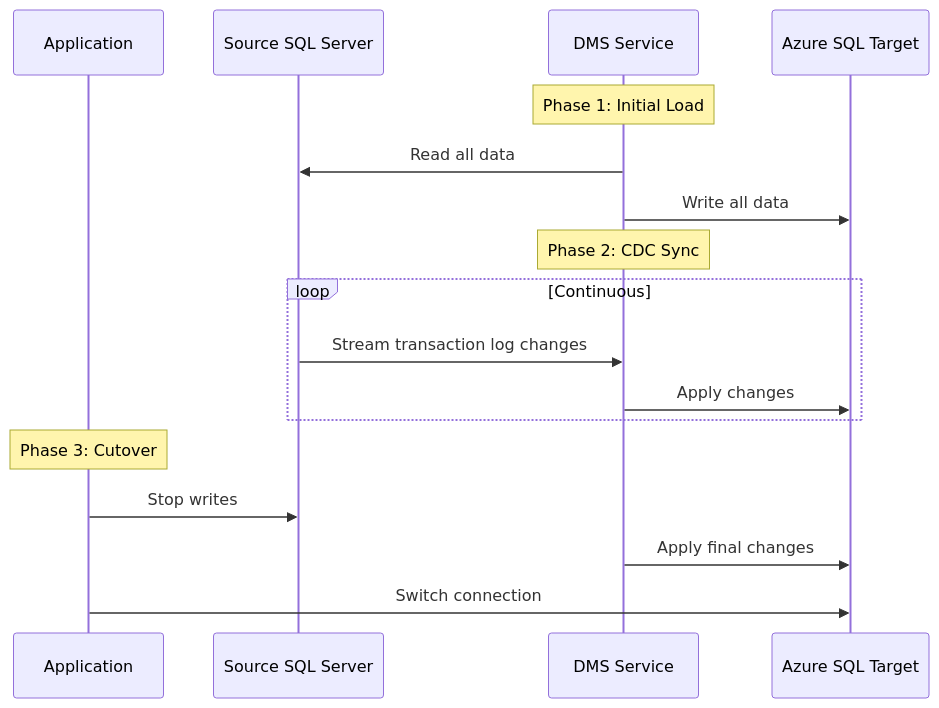
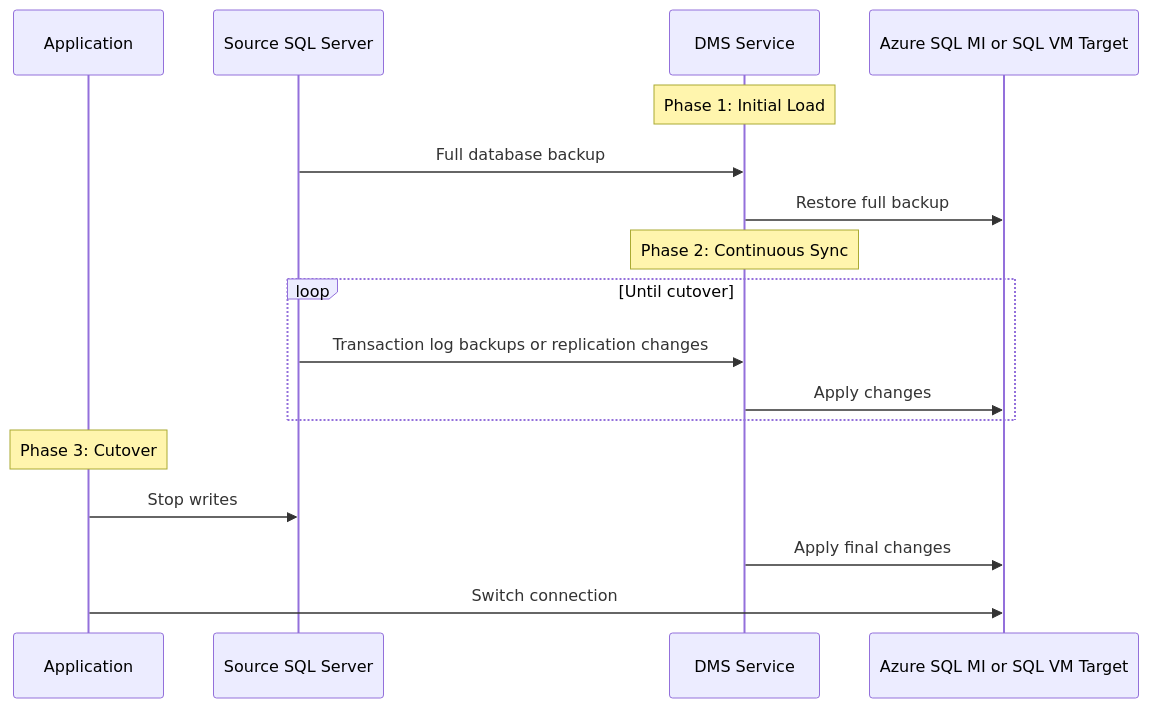
One commit to OneUptime/blog changed the diagram in posts/2026-02-16-how-to-perform-an-online-migration-using-azure-database-migration-service/README.md. Above: the diagram before and after it, drawn with Mermaid. The commit also changed other lines of this file and 2 other files, not shown here.

Commit message:
validate: 2026-02-16-how-to-perform-an-online-migration-using-azure-database-migration-service

````diff
--- a/posts/2026-02-16-how-to-perform-an-online-migration-using-azure-database-migration-service/README.md
+++ b/posts/2026-02-16-how-to-perform-an-online-migration-using-azure-database-migration-service/README.md
@@ -25,22 +27,22 @@
 ```mermaid
 sequenceDiagram
     participant App as Application
     participant Src as Source SQL Server
     participant DMS as DMS Service
-    participant Tgt as Azure SQL Target
+    participant Tgt as Azure SQL MI or SQL VM Target
 
     Note over DMS: Phase 1: Initial Load
-    DMS->>Src: Read all data
-    DMS->>Tgt: Write all data
+    Src->>DMS: Full database backup
+    DMS->>Tgt: Restore full backup
 
-    Note over DMS: Phase 2: CDC Sync
-    loop Continuous
-        Src->>DMS: Stream transaction log changes
+    Note over DMS: Phase 2: Continuous Sync
+    loop Until cutover
+        Src->>DMS: Transaction log backups or replication changes
         DMS->>Tgt: Apply changes
     end
 
     Note over App: Phase 3: Cutover
     App->>Src: Stop writes
     DMS->>Tgt: Apply final changes
     App->>Tgt: Switch connection
 ```
````
